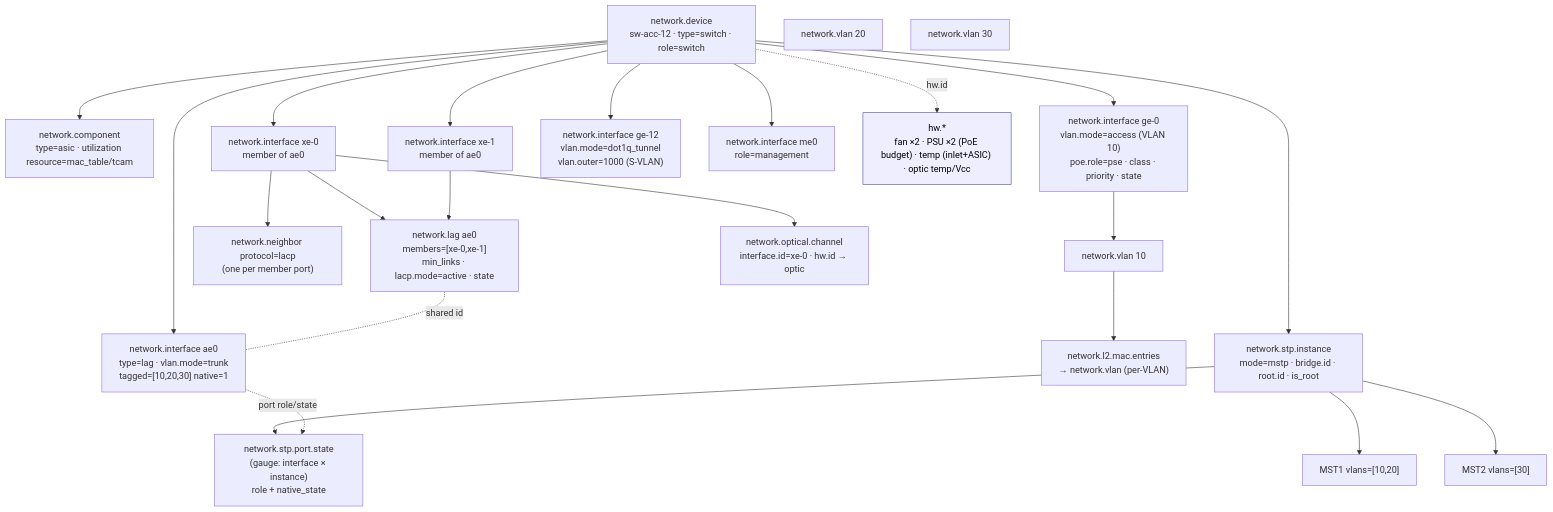
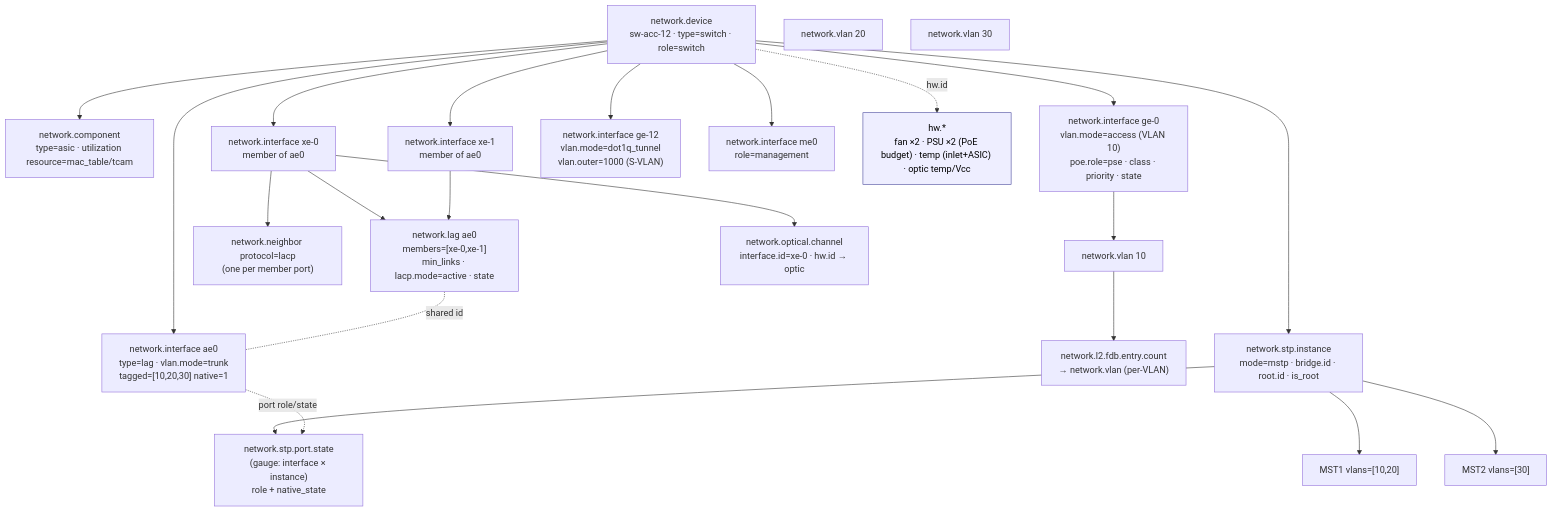
The diagram in examples/l2-switch/README.md (jksmth/semantic-conventions-network), drawn with Mermaid before and after one commit. The commit also changed other lines of this file and 297 other files, not shown here.

````diff
--- a/examples/l2-switch/README.md
+++ b/examples/l2-switch/README.md
@@ -56,48 +56,48 @@
 ```mermaid
 graph TD
     DEV["network.device<br/>sw-acc-12 · type=switch · role=switch"]
     ASIC["network.component<br/>type=asic · utilization resource=mac_table/tcam"]
 
     XE0["network.interface xe-0<br/>member of ae0"]
     XE1["network.interface xe-1<br/>member of ae0"]
     AE0IF["network.interface ae0<br/>type=lag · vlan.mode=trunk<br/>tagged=[10,20,30] native=1"]
     AE0LAG["network.lag ae0<br/>members=[xe-0,xe-1]<br/>min_links · lacp.mode=active · state"]
     GE0["network.interface ge-0<br/>vlan.mode=access (VLAN 10)<br/>poe.role=pse · class · priority · state"]
     GE12["network.interface ge-12<br/>vlan.mode=dot1q_tunnel<br/>vlan.outer=1000 (S-VLAN)"]
     ME0["network.interface me0<br/>role=management"]
 
     LACP["network.neighbor protocol=lacp<br/>(one per member port)"]
 
     VL10["network.vlan 10"]
     VL20["network.vlan 20"]
     VL30["network.vlan 30"]
-    MAC["network.l2.mac.entries<br/>→ network.vlan (per-VLAN)"]
+    MAC["network.l2.fdb.entry.count<br/>→ network.vlan (per-VLAN)"]
 
     STP["network.stp.instance<br/>mode=mstp · bridge.id · root.id · is_root"]
     MST1["MST1 vlans=[10,20]"]
     MST2["MST2 vlans=[30]"]
     PSTATE["network.stp.port.state<br/>(gauge: interface × instance)<br/>role + native_state"]
 
     OCH["network.optical.channel<br/>interface.id=xe-0 · hw.id → optic"]
     HW["hw.*<br/>fan ×2 · PSU ×2 (PoE budget) · temp (inlet+ASIC) · optic temp/Vcc"]
 
     DEV --> ASIC
     DEV --> XE0 --> AE0LAG
     DEV --> XE1 --> AE0LAG
     DEV --> AE0IF
     AE0LAG -. shared id .- AE0IF
     XE0 --> LACP
     DEV --> GE0 --> VL10
     DEV --> GE12
     DEV --> ME0
     VL10 --> MAC
     DEV --> STP --> MST1
     STP --> MST2
     STP --> PSTATE
     AE0IF -. port role/state .-> PSTATE
     XE0 --> OCH
     DEV -.->|hw.id| HW
 
     classDef hw fill:#eef,stroke:#449,color:#000;
     HW:::hw
 ```
````
